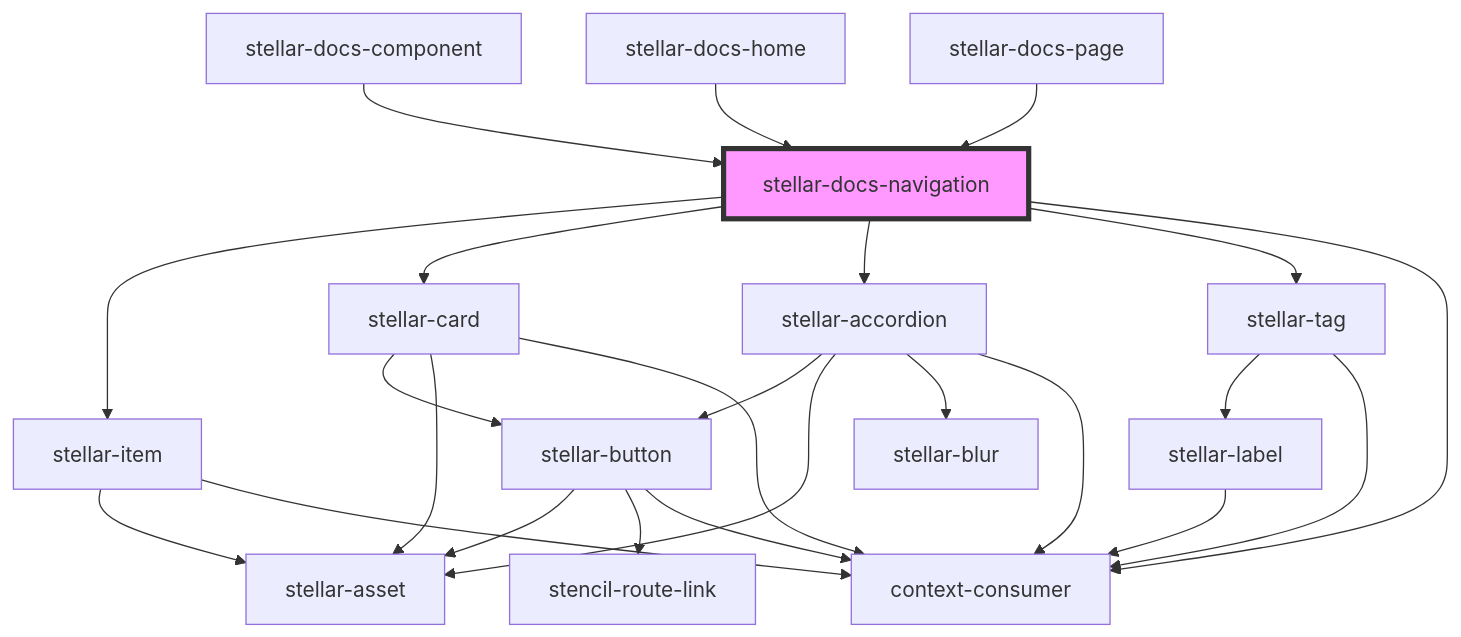
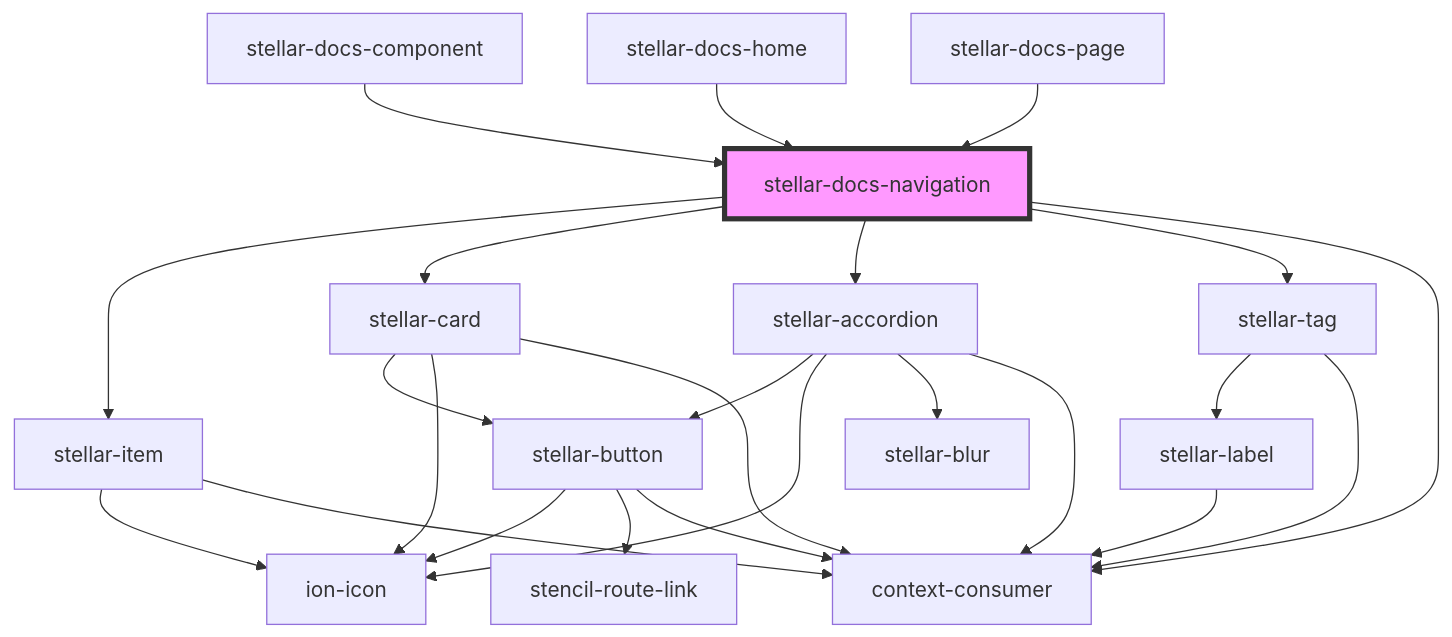
The diagram in src/components/docs/navigation/readme.md (splitinfinities/Stellar), drawn with Mermaid before and after one commit. The commit also changed 108 other files, not shown here.

Commit message:
Remove stellar-asset.

````diff
--- a/src/components/docs/navigation/readme.md
+++ b/src/components/docs/navigation/readme.md
@@ -35,27 +35,27 @@
 ```mermaid
 graph TD;
   stellar-docs-navigation --> stellar-item
   stellar-docs-navigation --> stellar-card
   stellar-docs-navigation --> stellar-accordion
   stellar-docs-navigation --> stellar-tag
   stellar-docs-navigation --> context-consumer
-  stellar-item --> stellar-asset
+  stellar-item --> ion-icon
   stellar-item --> context-consumer
   stellar-card --> stellar-button
-  stellar-card --> stellar-asset
+  stellar-card --> ion-icon
   stellar-card --> context-consumer
-  stellar-button --> stellar-asset
+  stellar-button --> ion-icon
   stellar-button --> stencil-route-link
   stellar-button --> context-consumer
   stellar-accordion --> stellar-button
-  stellar-accordion --> stellar-asset
+  stellar-accordion --> ion-icon
   stellar-accordion --> stellar-blur
   stellar-accordion --> context-consumer
   stellar-tag --> stellar-label
   stellar-tag --> context-consumer
   stellar-label --> context-consumer
   stellar-docs-component --> stellar-docs-navigation
   stellar-docs-home --> stellar-docs-navigation
   stellar-docs-page --> stellar-docs-navigation
   style stellar-docs-navigation fill:#f9f,stroke:#333,stroke-width:4px
 ```
````
